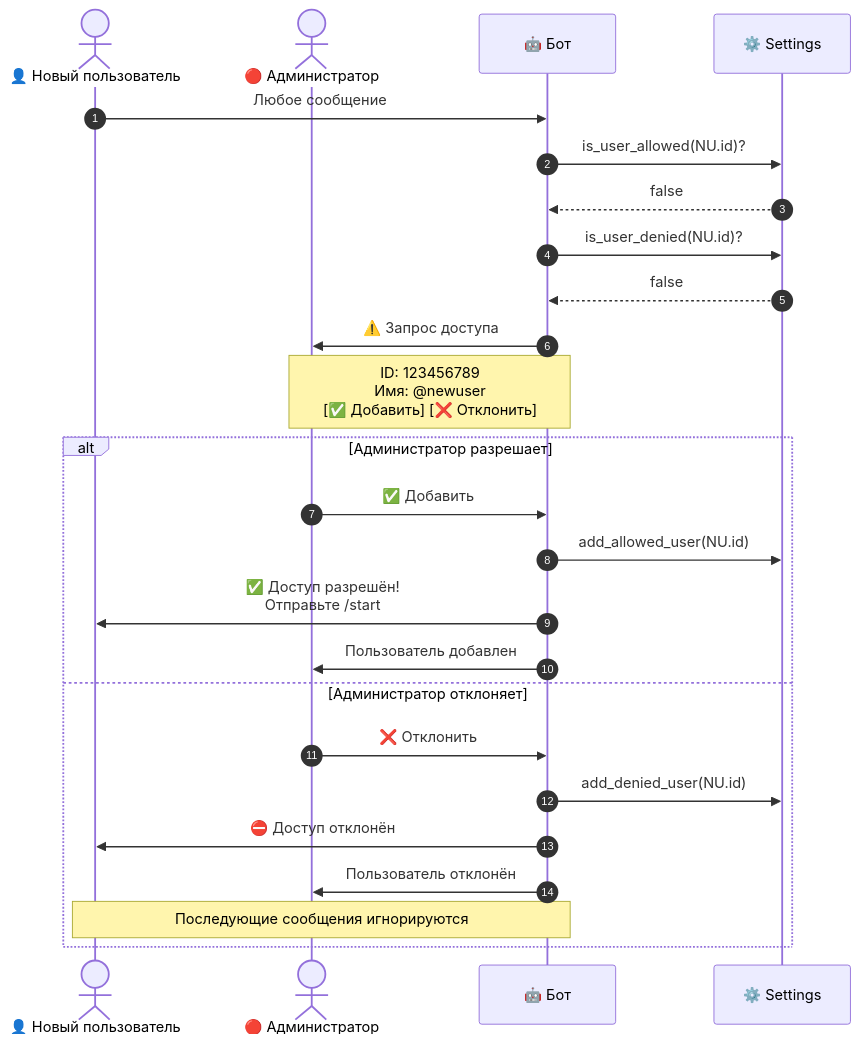
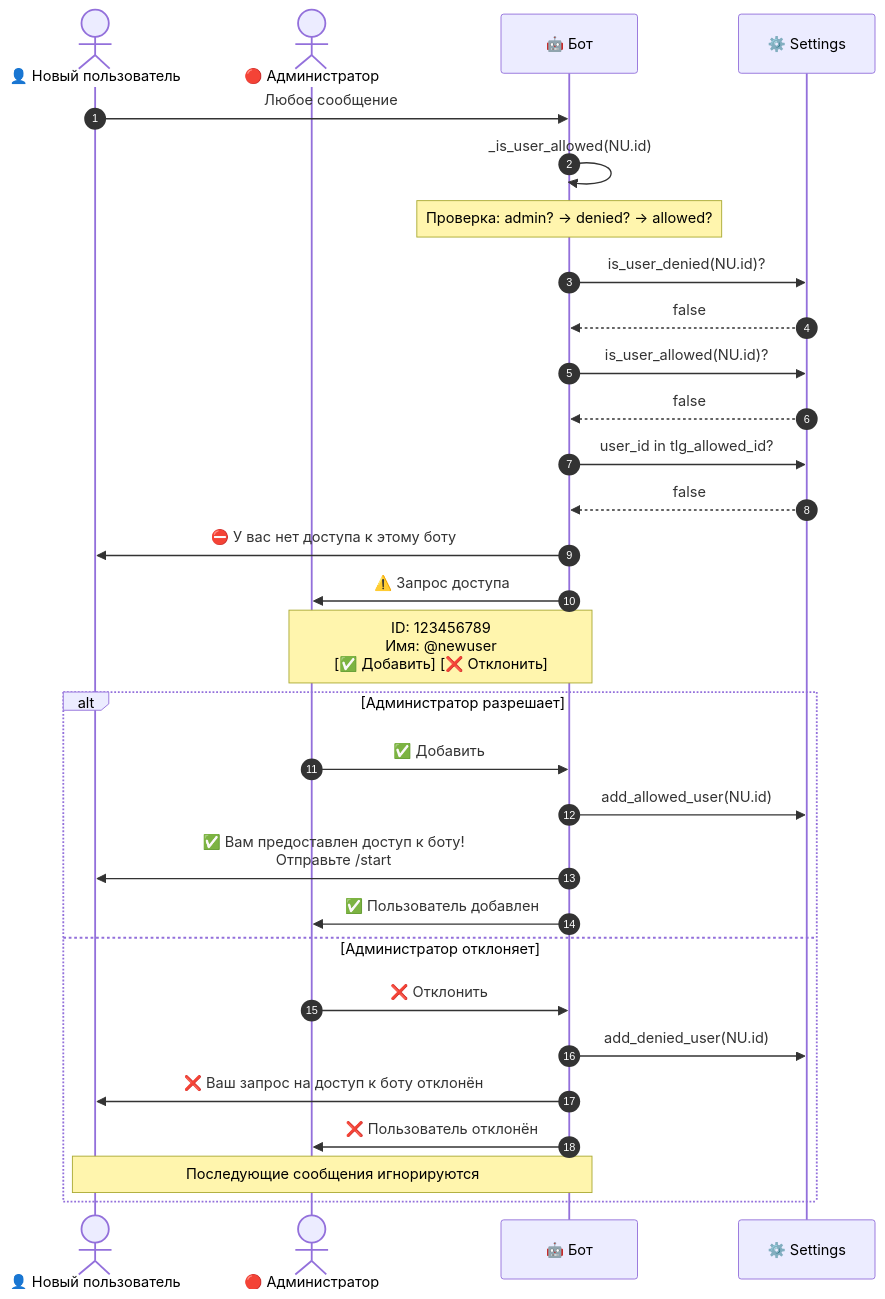
Before and after one commit to rabdalov/agent-test: the fourth of 6 diagrams in docs/architecture/message-flow.md, drawn with Mermaid. The commit also changed other lines of this file and 3 other files, not shown here.

Commit message:
fixed admin flow

````diff
--- a/docs/architecture/message-flow.md
+++ b/docs/architecture/message-flow.md
@@ -137,31 +149,36 @@
 ```mermaid
 sequenceDiagram
     autonumber
     actor NU as 👤 Новый пользователь
     actor A as 🔴 Администратор
     participant B as 🤖 Бот
     participant S as ⚙️ Settings
 
     NU->>B: Любое сообщение
+    B->>B: _is_user_allowed(NU.id)
+    Note over B: Проверка: admin? → denied? → allowed?
+    B->>S: is_user_denied(NU.id)?
+    S-->>B: false
     B->>S: is_user_allowed(NU.id)?
     S-->>B: false
-    B->>S: is_user_denied(NU.id)?
+    B->>S: user_id in tlg_allowed_id?
     S-->>B: false
     
+    B->>NU: ⛔ У вас нет доступа к этому боту
     B->>A: ⚠️ Запрос доступа
     Note over B,A: ID: 123456789<br/>Имя: @newuser<br/>[✅ Добавить] [❌ Отклонить]
 
     alt Администратор разрешает
         A->>B: ✅ Добавить
         B->>S: add_allowed_user(NU.id)
-        B->>NU: ✅ Доступ разрешён!<br/>Отправьте /start
-        B->>A: Пользователь добавлен
+        B->>NU: ✅ Вам предоставлен доступ к боту!<br/>Отправьте /start
+        B->>A: ✅ Пользователь добавлен
     else Администратор отклоняет
         A->>B: ❌ Отклонить
         B->>S: add_denied_user(NU.id)
-        B->>NU: ⛔ Доступ отклонён
-        B->>A: Пользователь отклонён
+        B->>NU: ❌ Ваш запрос на доступ к боту отклонён
+        B->>A: ❌ Пользователь отклонён
         
         Note over NU,B: Последующие сообщения игнорируются
     end
 ```
````
